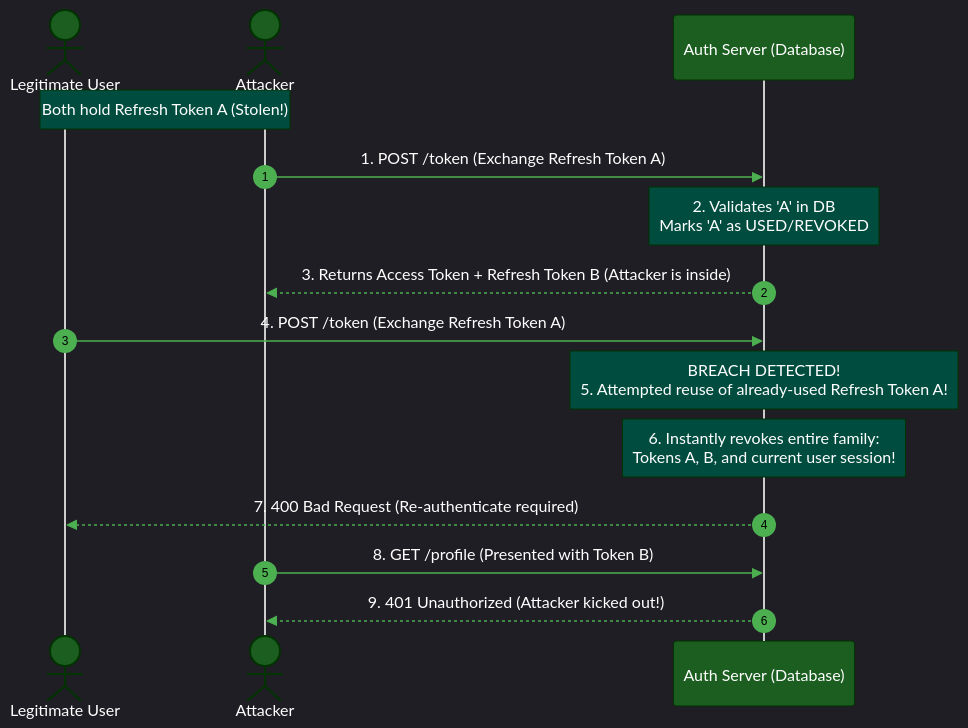
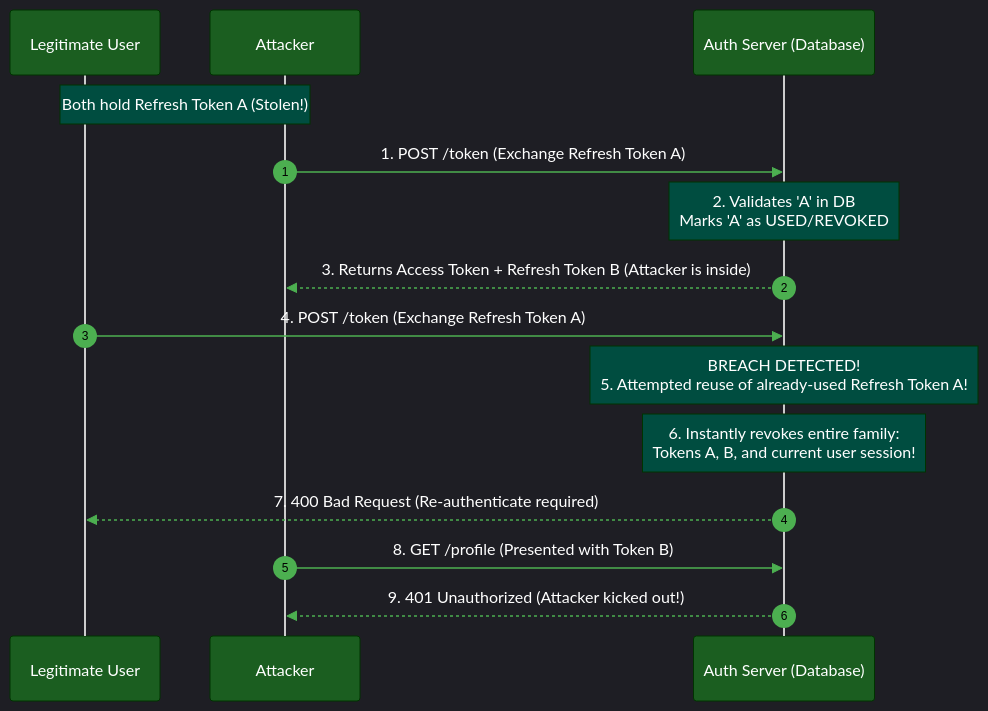
Before and after one commit to GuideStack/iblogger-feeds: the second of 2 diagrams in feeds/security/auth-and-identity-patterns/05-token-lifecycle-and-rotation.md, drawn with Mermaid. The commit also changed other lines of this file and 4 other files, not shown here.

Commit message:
style(visual): upgrade remaining sequence diagrams to participant boxes with contrast outlines

````diff
--- a/feeds/security/auth-and-identity-patterns/05-token-lifecycle-and-rotation.md
+++ b/feeds/security/auth-and-identity-patterns/05-token-lifecycle-and-rotation.md
@@ -81,25 +81,25 @@
 ```mermaid
 %%{init: {'theme': 'dark', 'themeVariables': {'actorBkg': '#1b5e20', 'actorBorder': '#003300', 'actorTextColor': '#ffffff', 'signalColor': '#4caf50', 'signalTextColor': '#ffffff', 'noteBkgColor': '#004d40', 'noteBorderColor': '#003300', 'noteTextColor': '#ffffff', 'activationBkgColor': '#2e7d32', 'activationBorderColor': '#003300', 'labelBoxBkgColor': '#003300', 'labelTextColor': '#ffffff', 'loopTextColor': '#ffffff',
     'background': '#1e1e1e'},
-  'themeCSS': 'svg { background-color: #1e1e1e !important; padding: 1rem !important; border-radius: 8px !important; } .edgeLabel rect { fill: #1e1e1e !important; } text, tspan, .messageText, .signalText, .edgeLabel, .edgeLabel span, .pointLabel, .axisLabel, .quadrantTitle, .quadrantLabel { fill: #ffffff !important; color: #ffffff !important; stroke: none !important; }'
+  'themeCSS': 'svg { background-color: #1e1e1e !important; padding: 1rem !important; border-radius: 8px !important; } .edgeLabel rect { fill: #1e1e1e !important; } text, tspan { fill: #ffffff !important; } .messageText, .messageText tspan, .signalText, .signalText tspan { fill: #ffffff !important; stroke: #1e1e1e !important; stroke-width: 3px !important; paint-order: stroke fill !important; stroke-linejoin: round !important; }'
 }}%%
 sequenceDiagram
     autonumber
-    actor U as Legitimate User
-    actor A as Attacker
+    participant U as Legitimate User
+    participant A as Attacker
     participant S as Auth Server (Database)
 
     Note over U, A: Both hold Refresh Token A (Stolen!)
     
     A->>S: 1. POST /token (Exchange Refresh Token A)
     Note over S: 2. Validates 'A' in DB<br/>Marks 'A' as USED/REVOKED
     S-->>A: 3. Returns Access Token + Refresh Token B (Attacker is inside)
 
     U->>S: 4. POST /token (Exchange Refresh Token A)
     Note over S: BREACH DETECTED!<br/>5. Attempted reuse of already-used Refresh Token A!
     Note over S: 6. Instantly revokes entire family:<br/>Tokens A, B, and current user session!
     S-->>U: 7. 400 Bad Request (Re-authenticate required)
     
     A->>S: 8. GET /profile (Presented with Token B)
     S-->>A: 9. 401 Unauthorized (Attacker kicked out!)
 ```
````
